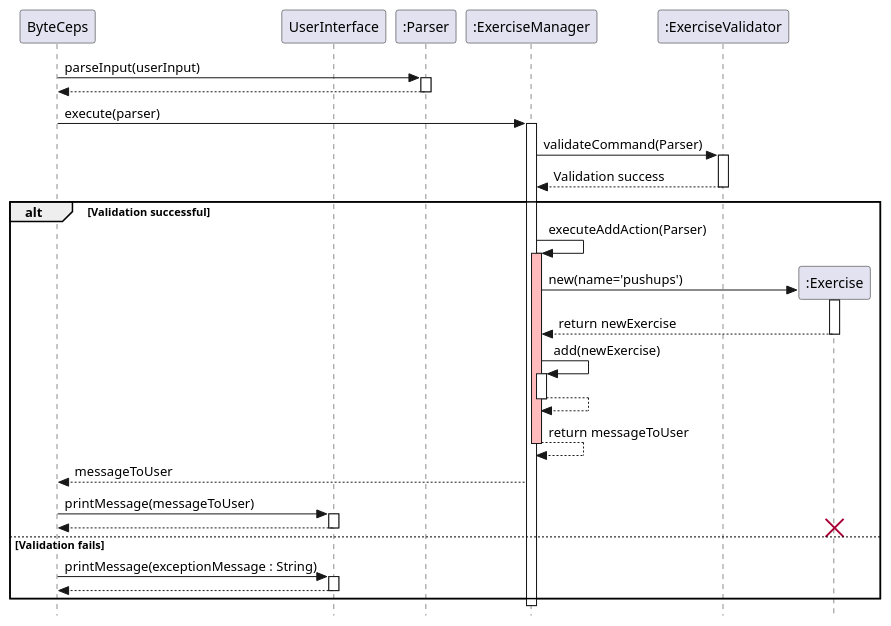
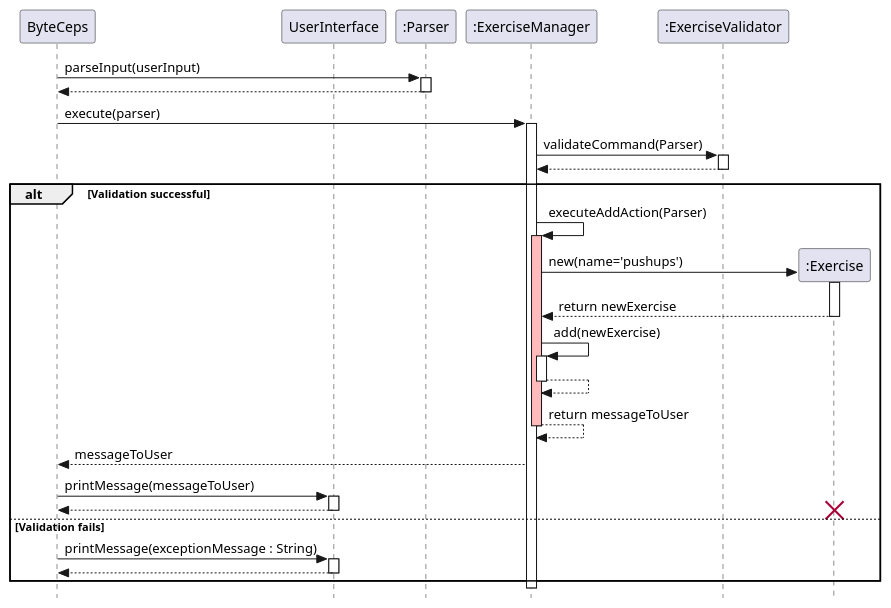
The diagram in docs/plantuml/addExercise.puml (joshualeejunyi/tp), drawn with PlantUML before and after one commit. The commit also changed 7 other files, not shown here.

Commit message:
Modify sequence diagram for workout & exercise

```diff
--- a/docs/plantuml/addExercise.puml
+++ b/docs/plantuml/addExercise.puml
@@ -1,60 +1,60 @@
 @startuml SequenceDiagram
 
 skinparam classAttributeIconSize 0
 skinparam style strictuml
 
 participant ByteCeps as User
 participant UserInterface
 participant ":Parser" as Parser
 participant ":ExerciseManager" as ExerciseManager
 participant ":ExerciseValidator" as Validator
 
 User -> Parser : parseInput(userInput)
 activate Parser
 User <-- Parser
 deactivate Parser
 
 User -> ExerciseManager : execute(parser)
 activate ExerciseManager
 
 ExerciseManager -> Validator : validateCommand(Parser)
 activate Validator
-Validator --> ExerciseManager : Validation success
+Validator --> ExerciseManager :
 deactivate Validator
 
 alt Validation successful
     ExerciseManager -> ExerciseManager : executeAddAction(Parser)
     activate ExerciseManager #FFBBBB
 
     create ":Exercise" as Exercise
     ExerciseManager -> Exercise : new(name='pushups')
     activate Exercise
     Exercise --> ExerciseManager : return newExercise
     deactivate Exercise
 
     ExerciseManager -> ExerciseManager : add(newExercise)
     activate ExerciseManager
     ExerciseManager --> ExerciseManager :
     deactivate ExerciseManager #FFBBBB
 
     ExerciseManager --> ExerciseManager : return messageToUser
     deactivate ExerciseManager
 
     ExerciseManager --> User: messageToUser
     User -> UserInterface: printMessage(messageToUser)
     activate UserInterface
     UserInterface --> User
     deactivate UserInterface
     destroy Exercise
 
 else Validation fails
     User -> UserInterface: printMessage(exceptionMessage : String)
     activate UserInterface
     UserInterface --> User:
     deactivate UserInterface
 end
 
 deactivate ExerciseManager
 deactivate Parser
 
 @enduml
```
